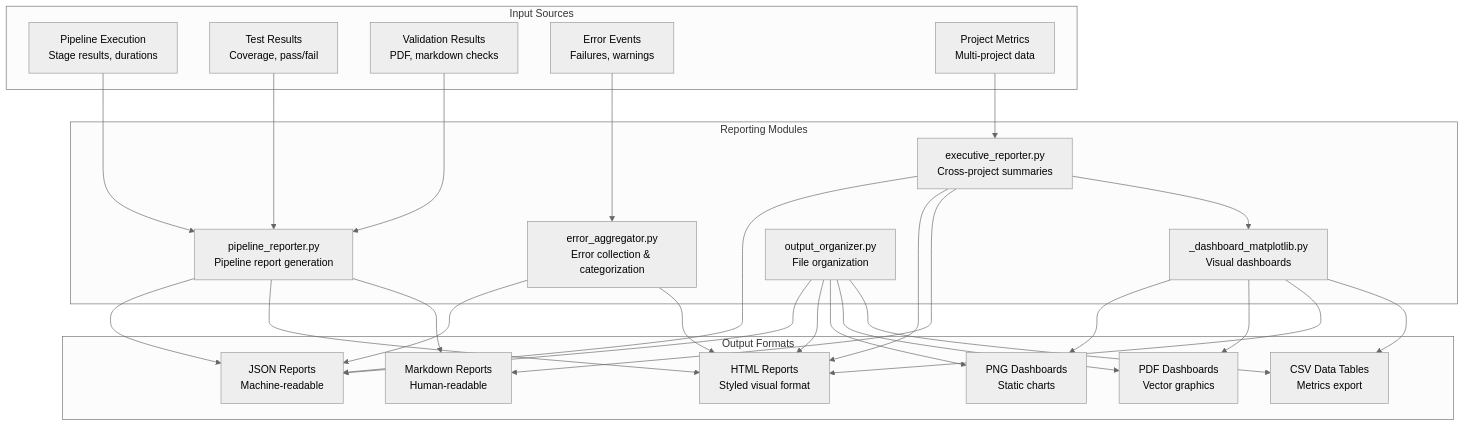
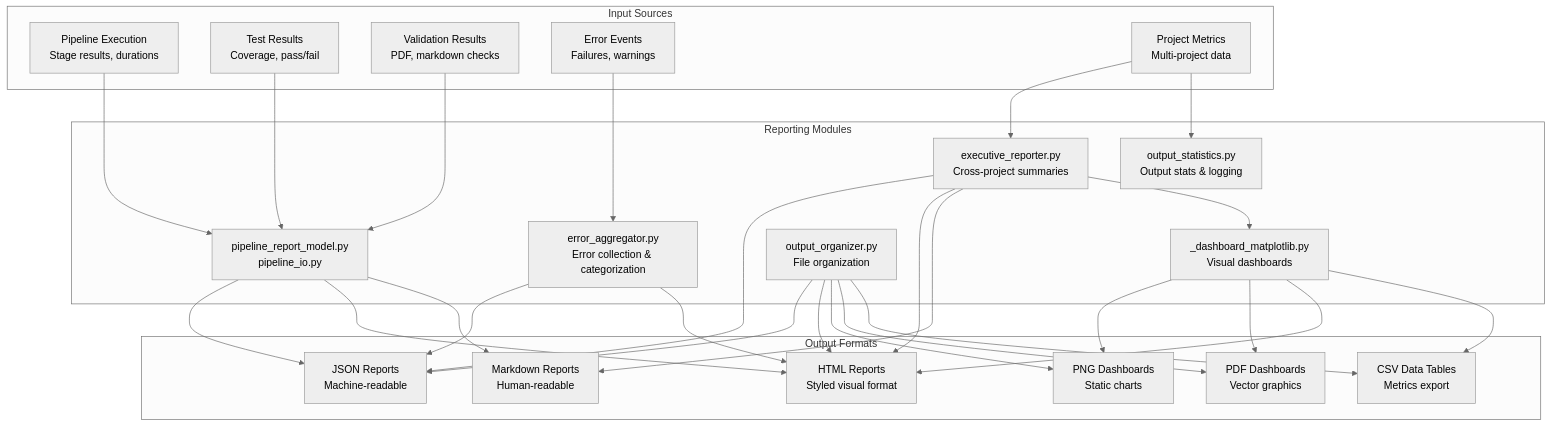
Before and after one commit to docxology/template: the diagram in infrastructure/reporting/README.md, drawn with Mermaid (neutral theme). The commit also changed other lines of this file and 460 other files, not shown here.

````diff
--- a/infrastructure/reporting/README.md
+++ b/infrastructure/reporting/README.md
@@ -19,60 +19,62 @@
 ```mermaid
 graph TD
     subgraph InputSources["Input Sources"]
         PIPELINE[Pipeline Execution<br/>Stage results, durations]
         TESTS[Test Results<br/>Coverage, pass/fail]
         VALIDATION[Validation Results<br/>PDF, markdown checks]
         ERRORS[Error Events<br/>Failures, warnings]
         PROJECTS[Project Metrics<br/>Multi-project data]
     end
 
     subgraph ReportingModules["Reporting Modules"]
-        PIPELINE_REP[pipeline_reporter.py<br/>Pipeline report generation]
+        PIPELINE_REP[pipeline_report_model.py<br/>pipeline_io.py]
         ERROR_AGG[error_aggregator.py<br/>Error collection & categorization]
         EXEC_REP[executive_reporter.py<br/>Cross-project summaries]
         DASHBOARD[_dashboard_matplotlib.py<br/>Visual dashboards]
         OUTPUT_ORG[output_organizer.py<br/>File organization]
+        OUTPUT_STATS[output_statistics.py<br/>Output stats & logging]
     end
 
     subgraph OutputFormats["Output Formats"]
         JSON[JSON Reports<br/>Machine-readable]
         HTML[HTML Reports<br/>Styled visual format]
         MARKDOWN[Markdown Reports<br/>Human-readable]
         PNG[PNG Dashboards<br/>Static charts]
         PDF[PDF Dashboards<br/>Vector graphics]
         CSV[CSV Data Tables<br/>Metrics export]
     end
 
     PIPELINE --> PIPELINE_REP
     TESTS --> PIPELINE_REP
     VALIDATION --> PIPELINE_REP
     ERRORS --> ERROR_AGG
     PROJECTS --> EXEC_REP
+    PROJECTS --> OUTPUT_STATS
 
     PIPELINE_REP --> JSON
     PIPELINE_REP --> HTML
     PIPELINE_REP --> MARKDOWN
 
     ERROR_AGG --> JSON
     ERROR_AGG --> HTML
 
     EXEC_REP --> JSON
     EXEC_REP --> HTML
     EXEC_REP --> MARKDOWN
 
     EXEC_REP --> DASHBOARD
     DASHBOARD --> PNG
     DASHBOARD --> PDF
     DASHBOARD --> HTML
     DASHBOARD --> CSV
 
     OUTPUT_ORG --> JSON
     OUTPUT_ORG --> HTML
     OUTPUT_ORG --> PNG
     OUTPUT_ORG --> PDF
     OUTPUT_ORG --> CSV
 
     class InputSources input
     class ReportingModules module
     class OutputFormats output
 ```
````
